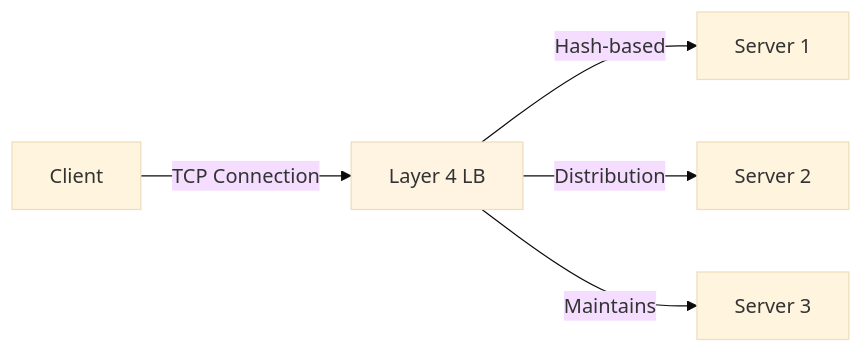
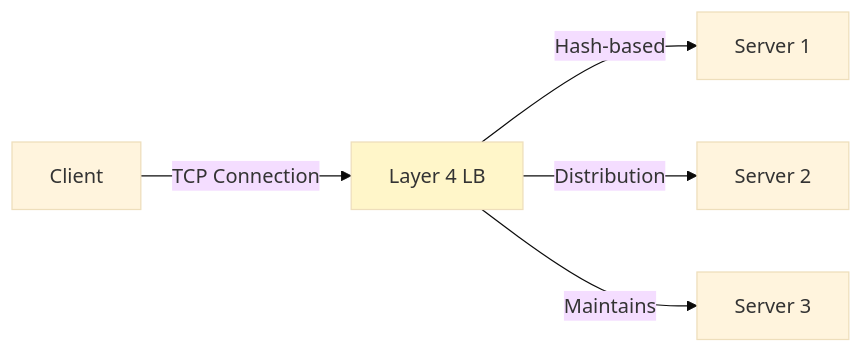
Before and after one commit to cartmancodes/InterviewVault: the eighth of 31 diagrams in LLD/CoreConcepts/Networking.md, drawn with Mermaid (base theme). The commit also changed other lines of this file and 679 other files, not shown here.

Commit message:
Unify content diagrams and add accessible visual walkthroughs

````diff
--- a/LLD/CoreConcepts/Networking.md
+++ b/LLD/CoreConcepts/Networking.md
@@ -293,10 +293,10 @@
 ```mermaid
 graph LR
     C[Client] -->|TCP Connection| L4[Layer 4 LB]
     
     L4 -->|Hash-based| S1[Server 1]
     L4 -->|Distribution| S2[Server 2]
     L4 -->|Maintains| S3[Server 3]
     
-    style L4 fill:#fff4e1
+    style L4 fill:#FFF6C9
 ```
````
